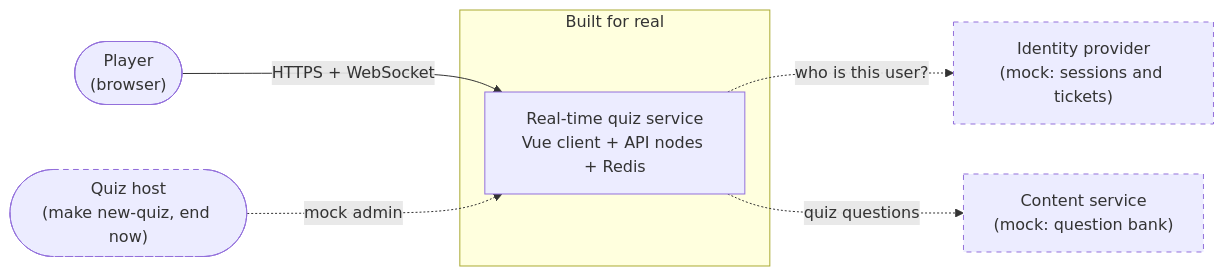
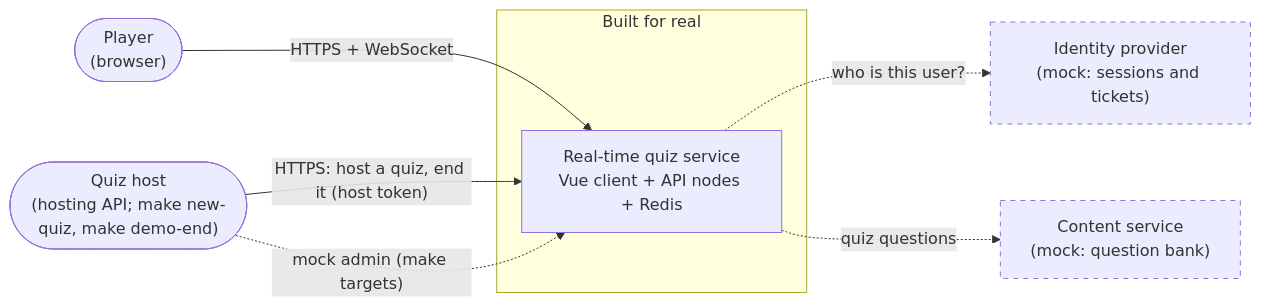
Before and after one commit to kobars/realtime-vocab-quiz: the first of 3 diagrams in DESIGN.md, drawn with Mermaid. The commit also changed other lines of this file and 1 other file, not shown here.

First line of the commit message:
Describe self-service hosting in the summary, context, security and built-for-real sections

````diff
--- a/DESIGN.md
+++ b/DESIGN.md
@@ -81,16 +83,17 @@
 ```mermaid
 flowchart LR
     player(["Player<br/>(browser)"])
-    host(["Quiz host<br/>(make new-quiz, end now)"])
+    host(["Quiz host<br/>(hosting API; make new-quiz, make demo-end)"])
     subgraph built["Built for real"]
         quiz["Real-time quiz service<br/>Vue client + API nodes + Redis"]
     end
     idp["Identity provider<br/>(mock: sessions and tickets)"]
     content["Content service<br/>(mock: question bank)"]
     player -- "HTTPS + WebSocket" --> quiz
-    host -. "mock admin" .-> quiz
+    host -- "HTTPS: host a quiz, end it (host token)" --> quiz
+    host -. "mock admin (make targets)" .-> quiz
     quiz -. "who is this user?" .-> idp
     quiz -. "quiz questions" .-> content
     classDef mock stroke-dasharray: 5 5
-    class idp,content,host mock
+    class idp,content mock
 ```
````
